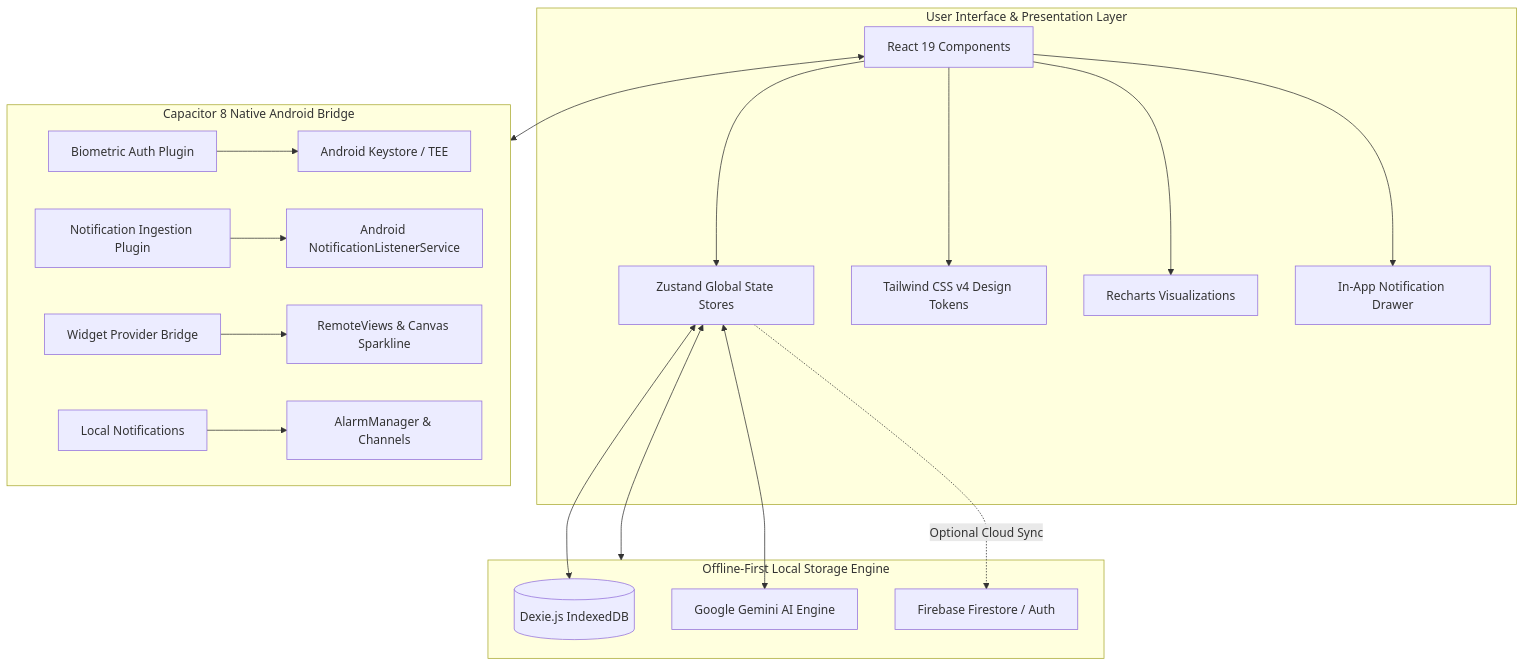
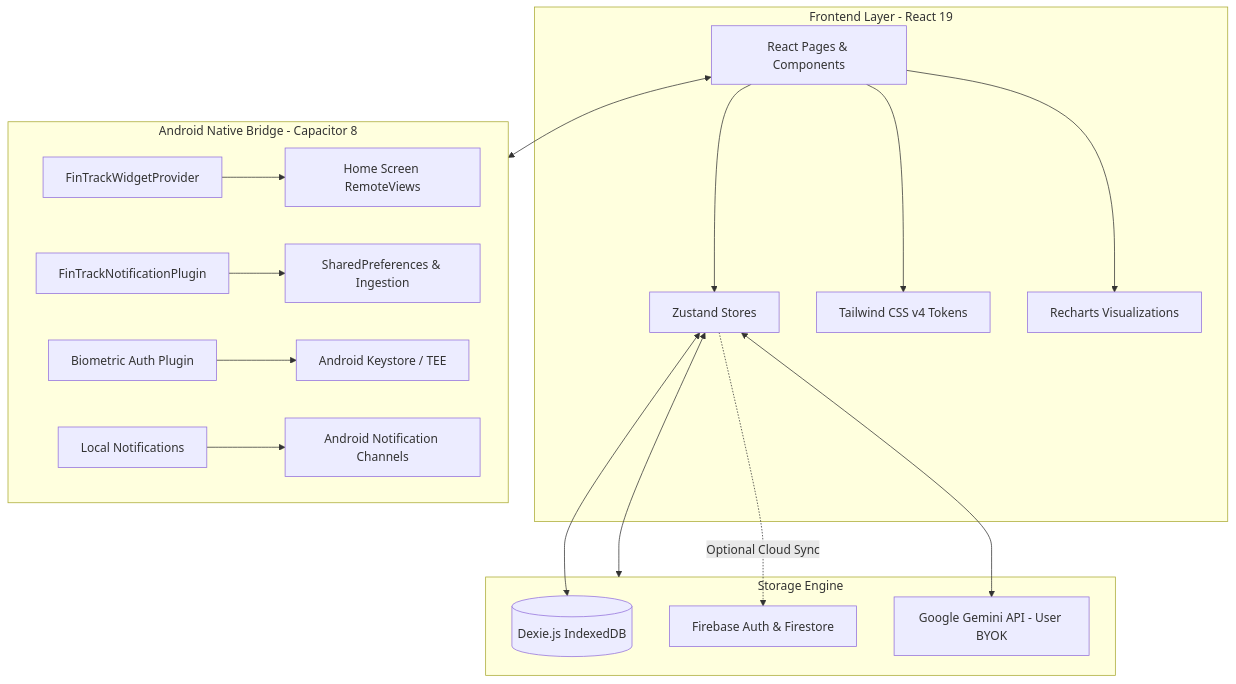
Before and after one commit to Flynarch/finansial-tracker: the diagram in README.md, drawn with Mermaid. The commit also changed other lines of this file and 160 other files, not shown here.

````diff
--- a/README.md
+++ b/README.md
@@ -208,25 +158,24 @@
 ```mermaid
 flowchart TD
-    subgraph UI_Layer [User Interface & Presentation Layer]
-        A[React 19 Components] --> B[Zustand Global State Stores]
-        A --> C[Tailwind CSS v4 Design Tokens]
+    subgraph UI_Layer [Frontend Layer - React 19]
+        A[React Pages & Components] --> B[Zustand Stores]
+        A --> C[Tailwind CSS v4 Tokens]
         A --> D[Recharts Visualizations]
-        A --> E[In-App Notification Drawer]
     end
 
-    subgraph Native_Layer [Capacitor 8 Native Android Bridge]
-        F[Biometric Auth Plugin] --> K[Android Keystore / TEE]
-        G[Notification Ingestion Plugin] --> L[Android NotificationListenerService]
-        H[Widget Provider Bridge] --> M[RemoteViews & Canvas Sparkline]
-        I[Local Notifications] --> N[AlarmManager & Channels]
+    subgraph Native_Layer [Android Native Bridge - Capacitor 8]
+        E[FinTrackWidgetProvider] --> I[Home Screen RemoteViews]
+        F[FinTrackNotificationPlugin] --> J[SharedPreferences & Ingestion]
+        G[Biometric Auth Plugin] --> K[Android Keystore / TEE]
+        H[Local Notifications] --> L[Android Notification Channels]
     end
 
-    subgraph Storage_Layer [Offline-First Local Storage Engine]
-        B <--> O[(Dexie.js IndexedDB)]
-        B <--> P[Google Gemini AI Engine]
-        B -. Optional Cloud Sync .-> Q[Firebase Firestore / Auth]
+    subgraph Storage_Layer [Storage Engine]
+        B <--> M[(Dexie.js IndexedDB)]
+        B -. Optional Cloud Sync .-> N[Firebase Auth & Firestore]
+        B <--> O[Google Gemini API - User BYOK]
     end
 
     A <--> Native_Layer
     B <--> Storage_Layer
 ```
````
